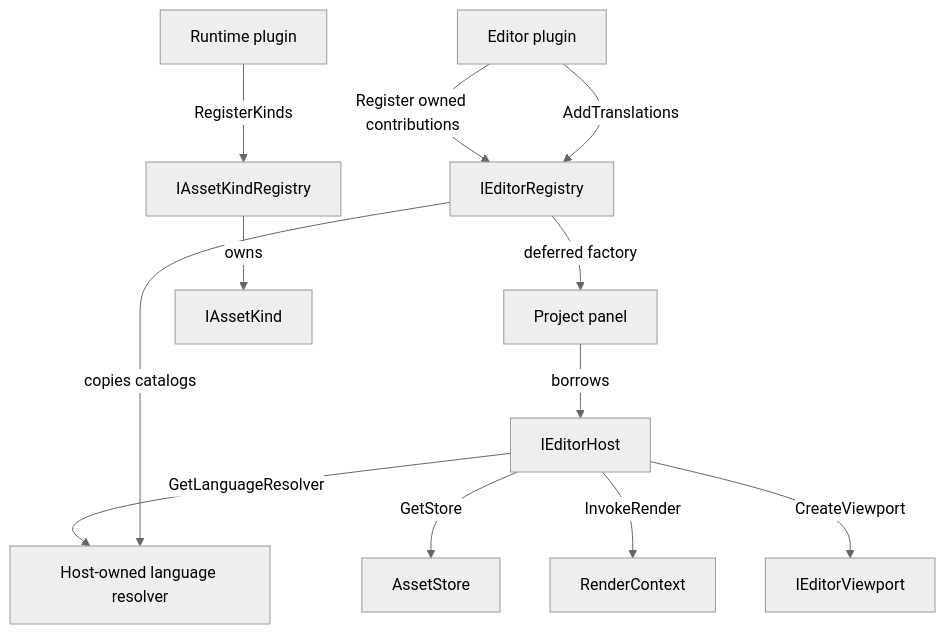
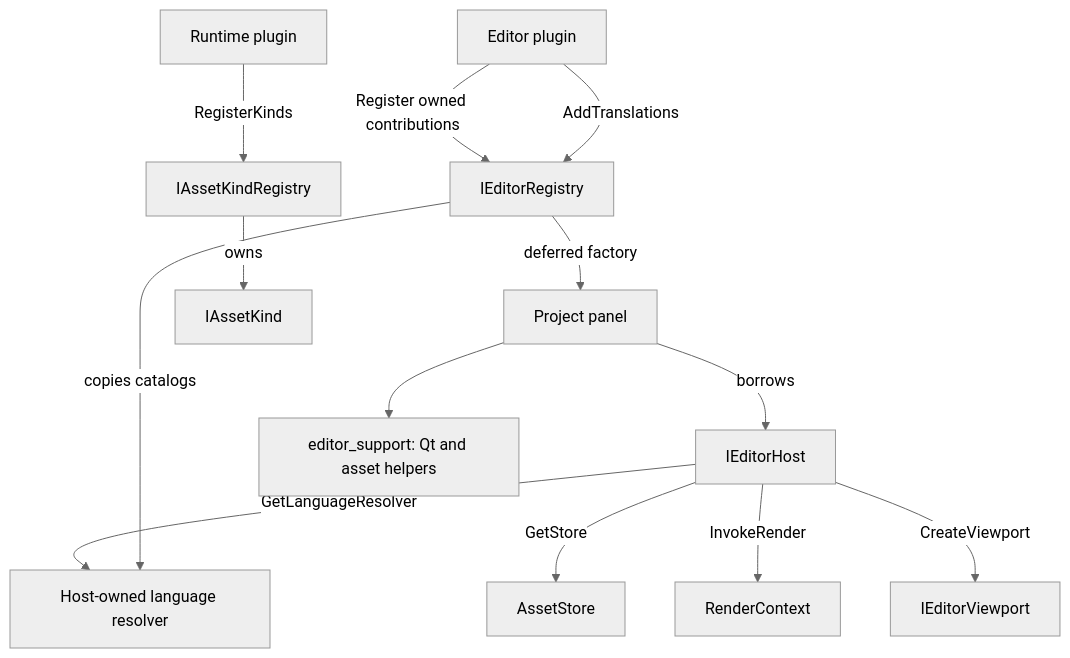
Before and after one commit to alexjiang200407/bernini: the diagram in docs/editor_plugins.md, drawn with Mermaid (neutral theme). The commit also changed other lines of this file and 65 other files, not shown here.

Commit message:
refactor(editor): share Qt support outside the host

````diff
--- a/docs/editor_plugins.md
+++ b/docs/editor_plugins.md
@@ -85,14 +96,15 @@
 ```mermaid
 flowchart TD
     Runtime[Runtime plugin] -->|RegisterKinds| Kinds[IAssetKindRegistry]
     Editor[Editor plugin] -->|Register owned contributions| Registry[IEditorRegistry]
     Registry -->|deferred factory| Panel[Project panel]
     Panel -->|borrows| Host[IEditorHost]
+    Panel --> Support[editor_support: Qt and asset helpers]
     Host -->|GetLanguageResolver| Language[Host-owned language resolver]
     Editor -->|AddTranslations| Registry
     Registry -->|copies catalogs| Language
     Host -->|GetStore| Store[AssetStore]
     Host -->|InvokeRender| Render[RenderContext]
     Host -->|CreateViewport| Viewport[IEditorViewport]
     Kinds -->|owns| Kind[IAssetKind]
 ```
````
